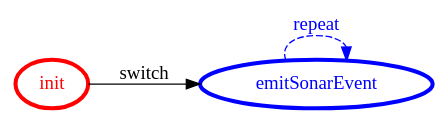
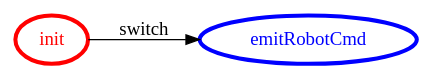
Before and after one commit to FraGio/iss2018: the diagram in it.unibo.projectRobot/srcMore/it/unibo/sonar1/sonar1.gv, drawn with Graphviz. The commit also changed 39 other files, not shown here.

```diff
--- a/it.unibo.projectRobot/srcMore/it/unibo/sonar1/sonar1.gv
+++ b/it.unibo.projectRobot/srcMore/it/unibo/sonar1/sonar1.gv
@@ -1,17 +1,16 @@
 /*
 *
 * A GraphViz DOT FSM description 
 * Please use a GraphViz visualizer (like http://www.webgraphviz.com)
 *  
 */
 
 digraph finite_state_machine {
 	rankdir=LR
 	size="8,5"
 	
 	init [ color = red ][ fontcolor = red ][ penwidth = 3 ]
-	emitSonarEvent [ color = blue ][ fontcolor = blue ][ penwidth = 3 ]
+	emitRobotCmd [ color = blue ][ fontcolor = blue ][ penwidth = 3 ]
 	
-	init -> emitSonarEvent [ label = "switch" ][ color = black ][ fontcolor = black ]
-	emitSonarEvent -> emitSonarEvent [ label = "repeat "][ style = dashed ][ color = blue ][ fontcolor = blue ]
+	init -> emitRobotCmd [ label = "switch" ][ color = black ][ fontcolor = black ]
 }
```
